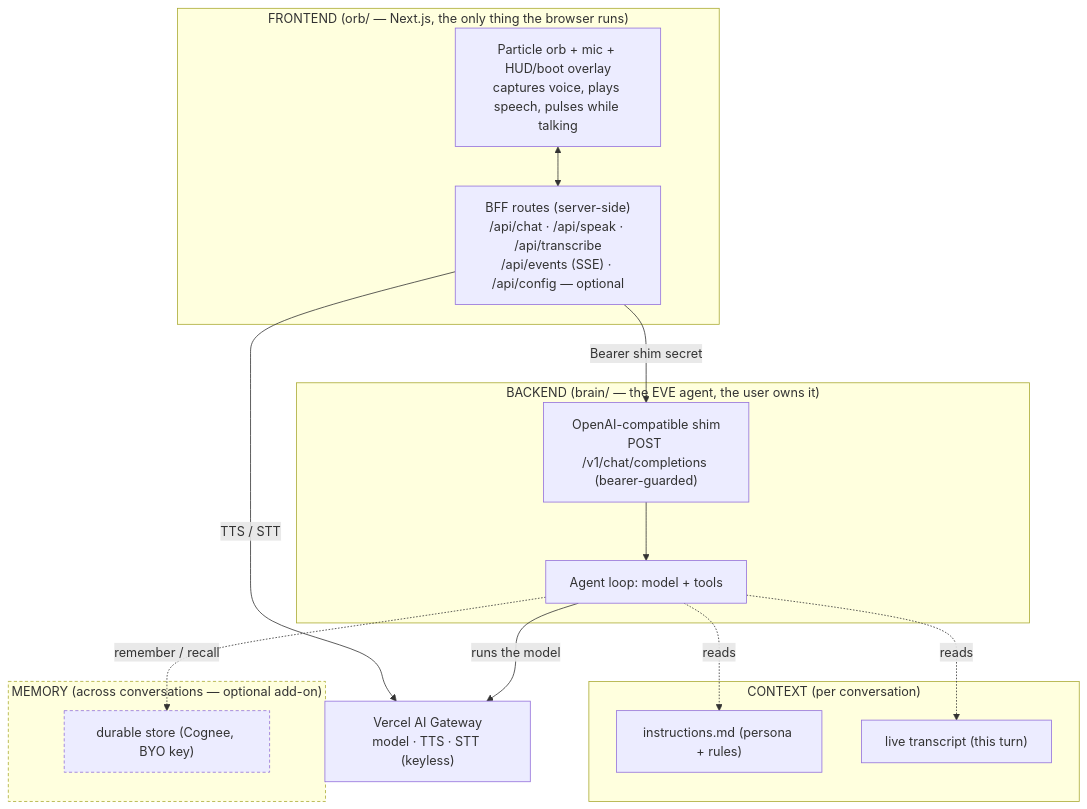
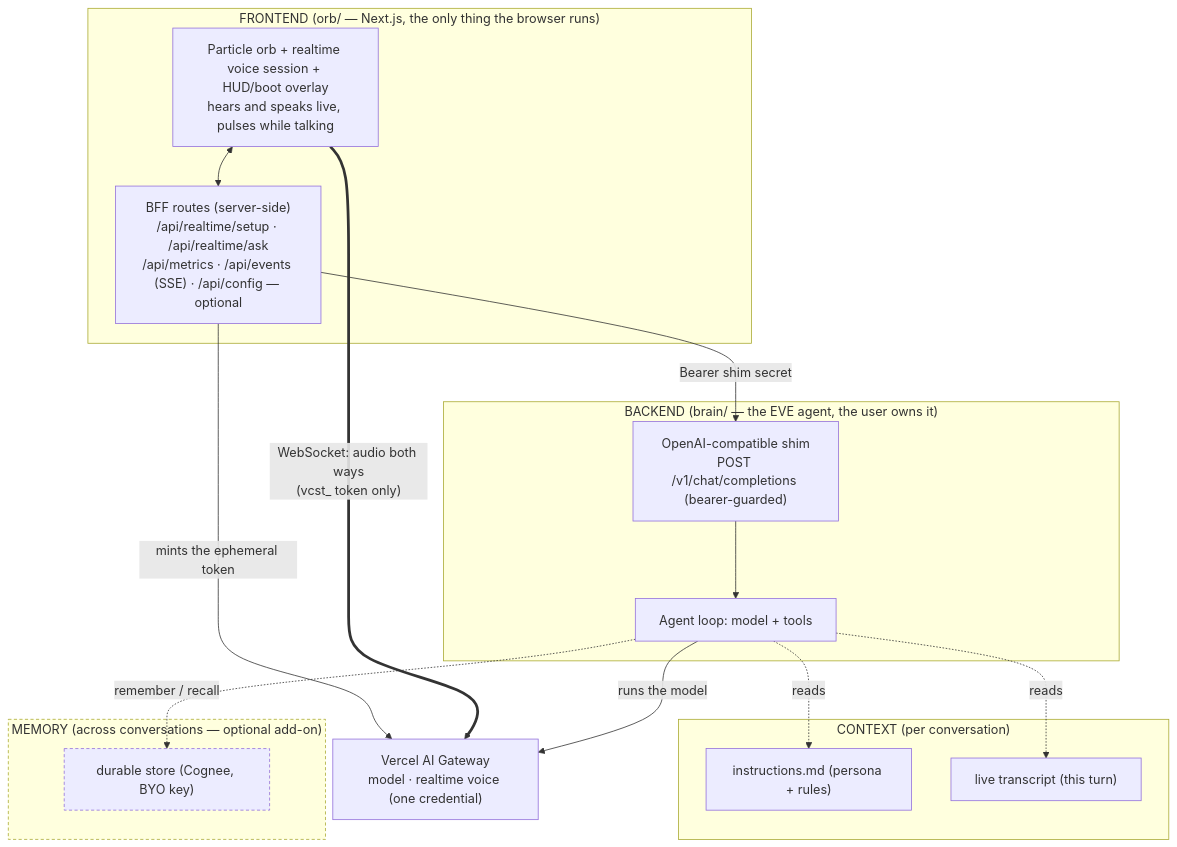
The first of 3 diagrams in docs/architecture.md (tfcbot/jarvis-style-agent), drawn with Mermaid before and after one commit. The commit also changed other lines of this file and 3 other files, not shown here.

First line of the commit message:
docs: spec docs match the realtime architecture

````diff
--- a/docs/architecture.md
+++ b/docs/architecture.md
@@ -8,35 +8,36 @@
 ```mermaid
 flowchart TB
   subgraph FE["FRONTEND  (orb/ — Next.js, the only thing the browser runs)"]
-    UI["Particle orb + mic + HUD/boot overlay<br/>captures voice, plays speech, pulses while talking"]
-    BFF["BFF routes (server-side)<br/>/api/chat · /api/speak · /api/transcribe<br/>/api/events (SSE) · /api/config — optional"]
+    UI["Particle orb + realtime voice session + HUD/boot overlay<br/>hears and speaks live, pulses while talking"]
+    BFF["BFF routes (server-side)<br/>/api/realtime/setup · /api/realtime/ask<br/>/api/metrics · /api/events (SSE) · /api/config — optional"]
     UI <--> BFF
   end
 
   subgraph BE["BACKEND  (brain/ — the EVE agent, the user owns it)"]
     SHIM["OpenAI-compatible shim<br/>POST /v1/chat/completions (bearer-guarded)"]
     LOOP["Agent loop: model + tools"]
     SHIM --> LOOP
   end
 
   subgraph CTX["CONTEXT  (per conversation)"]
     INSTR["instructions.md (persona + rules)"]
     TRANS["live transcript (this turn)"]
   end
 
   subgraph MEM["MEMORY  (across conversations — optional add-on)"]
     DUR["durable store (Cognee, BYO key)"]
   end
 
-  GW["Vercel AI Gateway<br/>model · TTS · STT (keyless)"]
+  GW["Vercel AI Gateway<br/>model · realtime voice (one credential)"]
 
   BFF -- "Bearer shim secret" --> SHIM
-  BFF -- "TTS / STT" --> GW
+  BFF -- "mints the ephemeral token" --> GW
+  UI == "WebSocket: audio both ways<br/>(vcst_ token only)" ==> GW
   LOOP -- "runs the model" --> GW
   LOOP -. reads .-> INSTR
   LOOP -. reads .-> TRANS
   LOOP -. "remember / recall" .-> DUR
 
   classDef opt stroke-dasharray: 4 3;
   class MEM,DUR opt;
 ```
````
